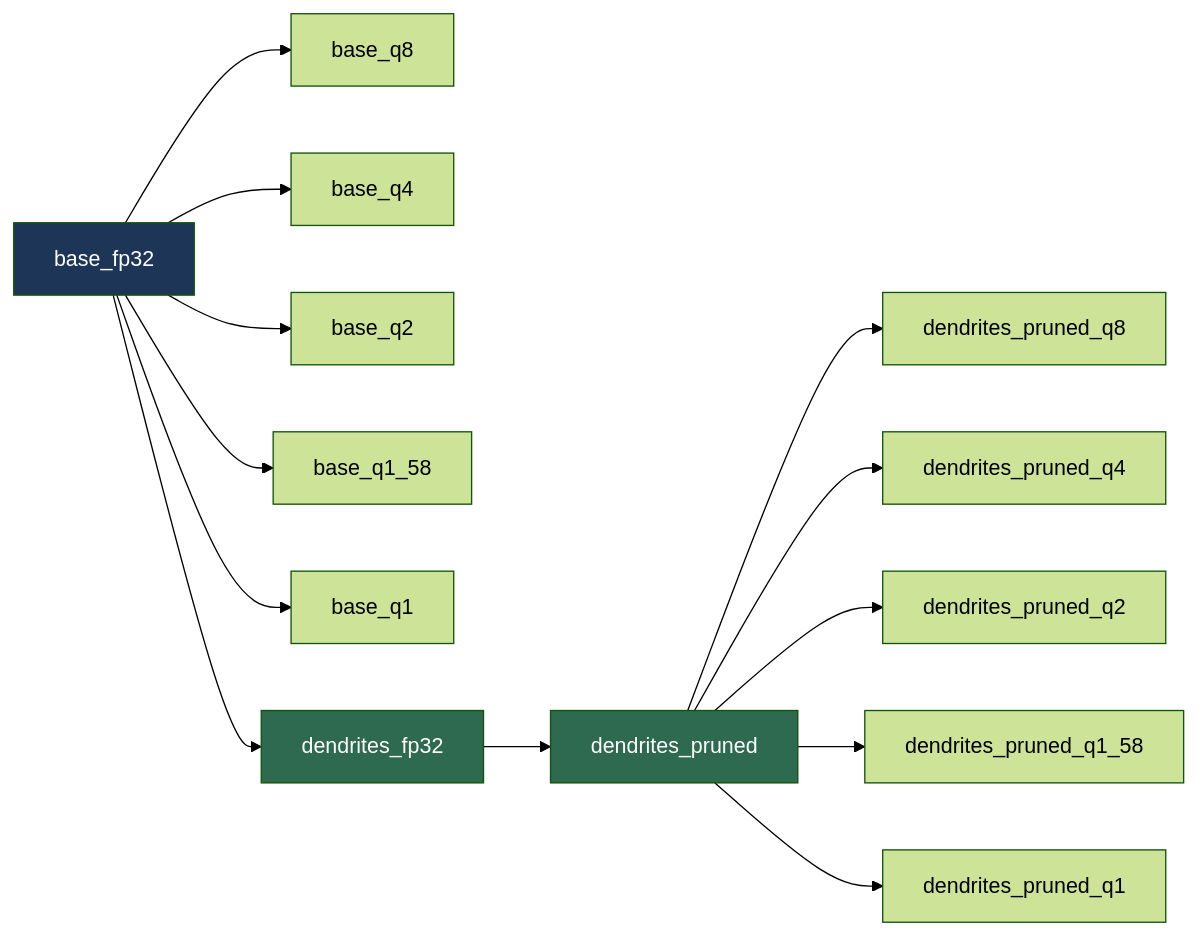
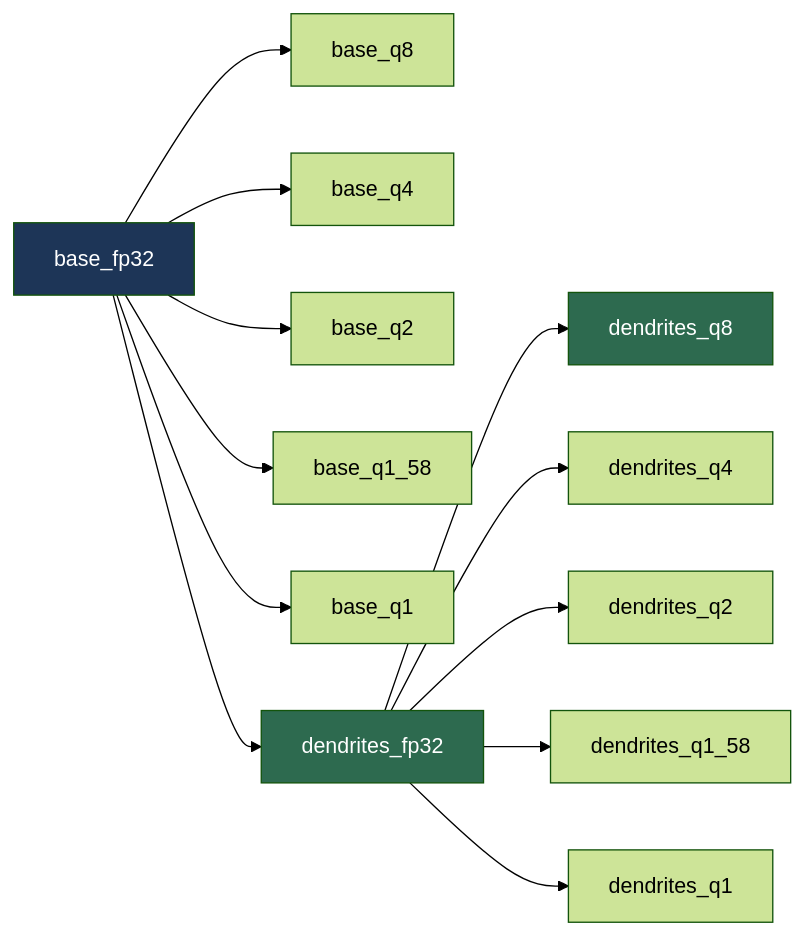
The second of 6 diagrams in information/CLI_DIAGRAMS.md (VG-Fish/PerforatedAI-Quantization-Experiment), drawn with Mermaid (forest theme) before and after one commit. The commit also changed other lines of this file and 9 other files, not shown here.

````diff
--- a/information/CLI_DIAGRAMS.md
+++ b/information/CLI_DIAGRAMS.md
@@ -79,19 +81,18 @@
 ```mermaid
 flowchart LR
     A[base_fp32] --> B[base_q8]
     A --> C[base_q4]
     A --> D[base_q2]
     A --> E[base_q1_58]
     A --> F[base_q1]
     A --> G[dendrites_fp32]
-    G --> H[dendrites_pruned]
-    H --> I[dendrites_pruned_q8]
-    H --> J[dendrites_pruned_q4]
-    H --> K[dendrites_pruned_q2]
-    H --> L[dendrites_pruned_q1_58]
-    H --> M[dendrites_pruned_q1]
+    G --> H[dendrites_q8]
+    G --> I[dendrites_q4]
+    G --> J[dendrites_q2]
+    G --> K[dendrites_q1_58]
+    G --> L[dendrites_q1]
 
     style A fill:#1d3557,color:#fff
     style G fill:#2d6a4f,color:#fff
     style H fill:#2d6a4f,color:#fff
 ```
````
